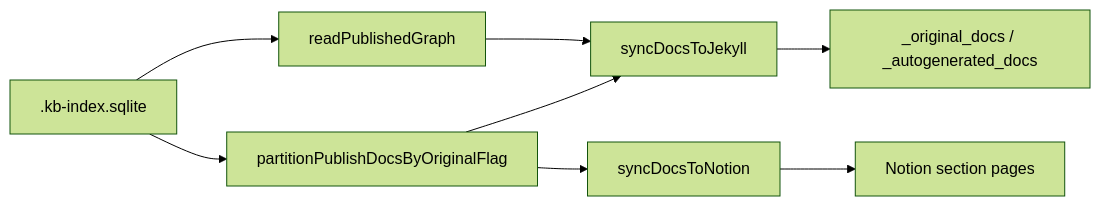
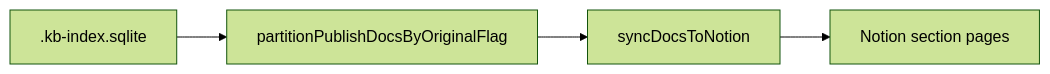
Before and after one commit to rosenjcb/kb: the diagram in src/core/publish/PUBLISH.md, drawn with Mermaid (forest theme). The commit also changed other lines of this file and 90 other files, not shown here.

First line of the commit message:
Remove kb publish jekyll and the docs/ Jekyll site

````diff
--- a/src/core/publish/PUBLISH.md
+++ b/src/core/publish/PUBLISH.md
@@ -16,10 +16,6 @@
 ```mermaid
 flowchart LR
   SQLite[".kb-index.sqlite"] --> partition["partitionPublishDocsByOriginalFlag"]
-  partition --> Jekyll["syncDocsToJekyll"]
   partition --> Notion["syncDocsToNotion"]
-  Jekyll --> Site["_original_docs / _autogenerated_docs"]
   Notion --> API["Notion section pages"]
-  SQLite --> Graph["readPublishedGraph"]
-  Graph --> Jekyll
 ```
````
